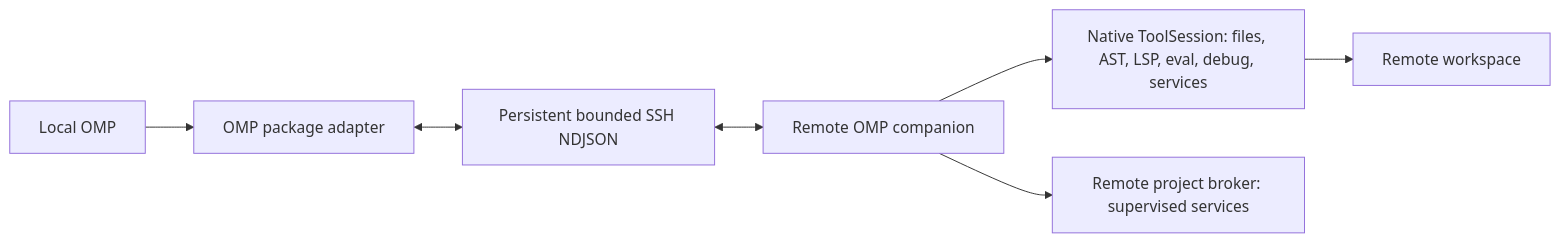
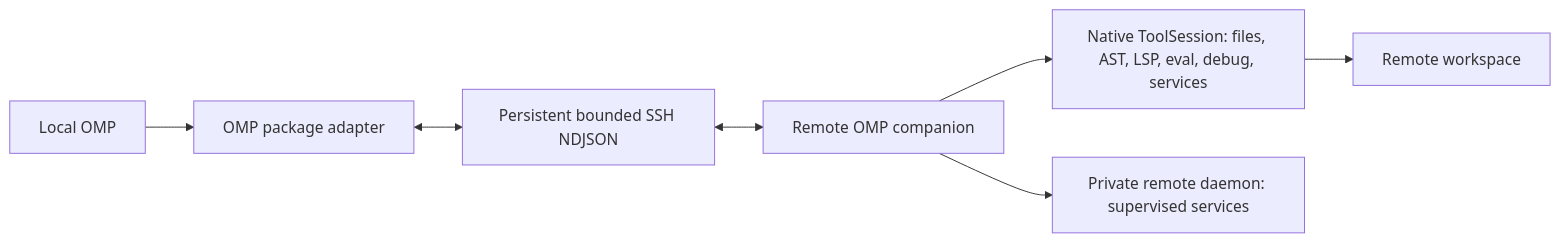
Before and after one commit to fuyao66/omp-ssh-remote: the diagram in packages/omp/README.md, drawn with Mermaid. The commit also changed other lines of this file and 40 other files, not shown here.

````diff
--- a/packages/omp/README.md
+++ b/packages/omp/README.md
@@ -65,9 +65,9 @@
 ```mermaid
 flowchart LR
   OMP[Local OMP] --> Adapter[OMP package adapter]
   Adapter <--> SSH[Persistent bounded SSH NDJSON]
   SSH <--> Worker[Remote OMP companion]
   Worker --> Tools[Native ToolSession: files, AST, LSP, eval, debug, services]
-  Worker --> Broker[Remote project broker: supervised services]
+  Worker --> Daemon[Private remote daemon: supervised services]
   Tools --> RemoteFS[Remote workspace]
 ```
````
